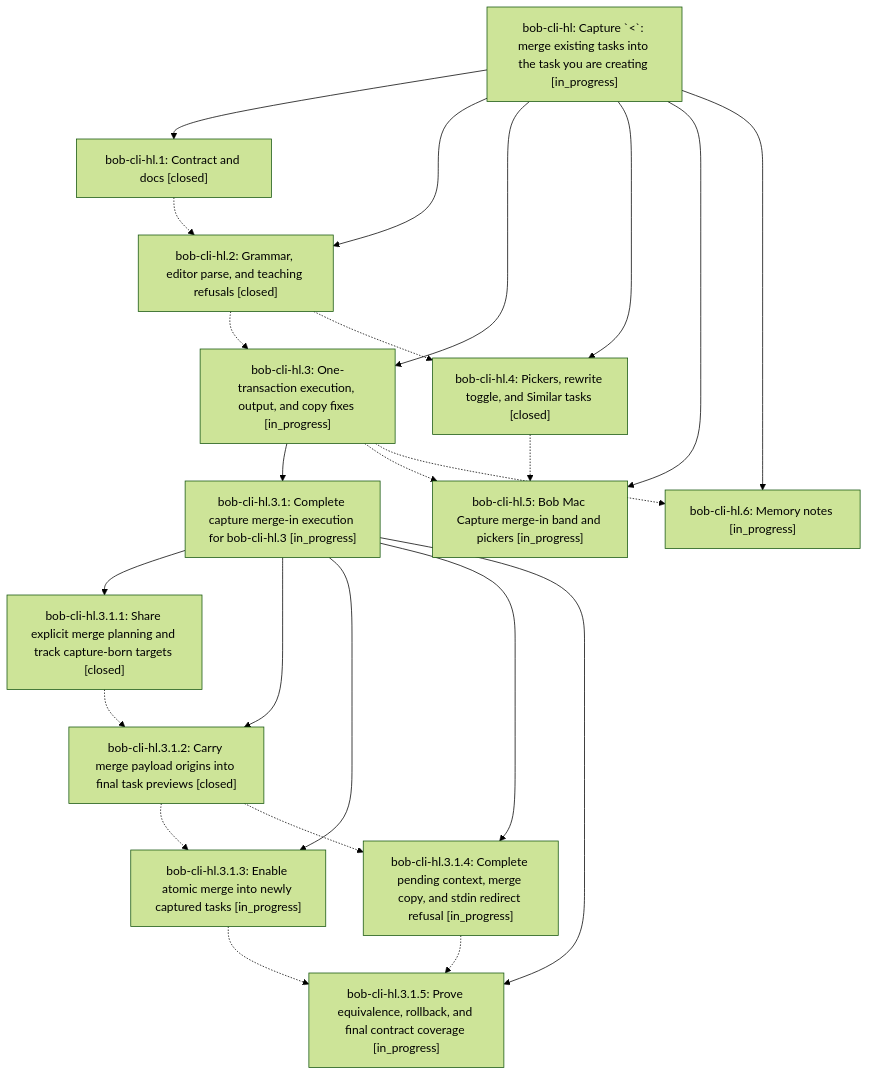
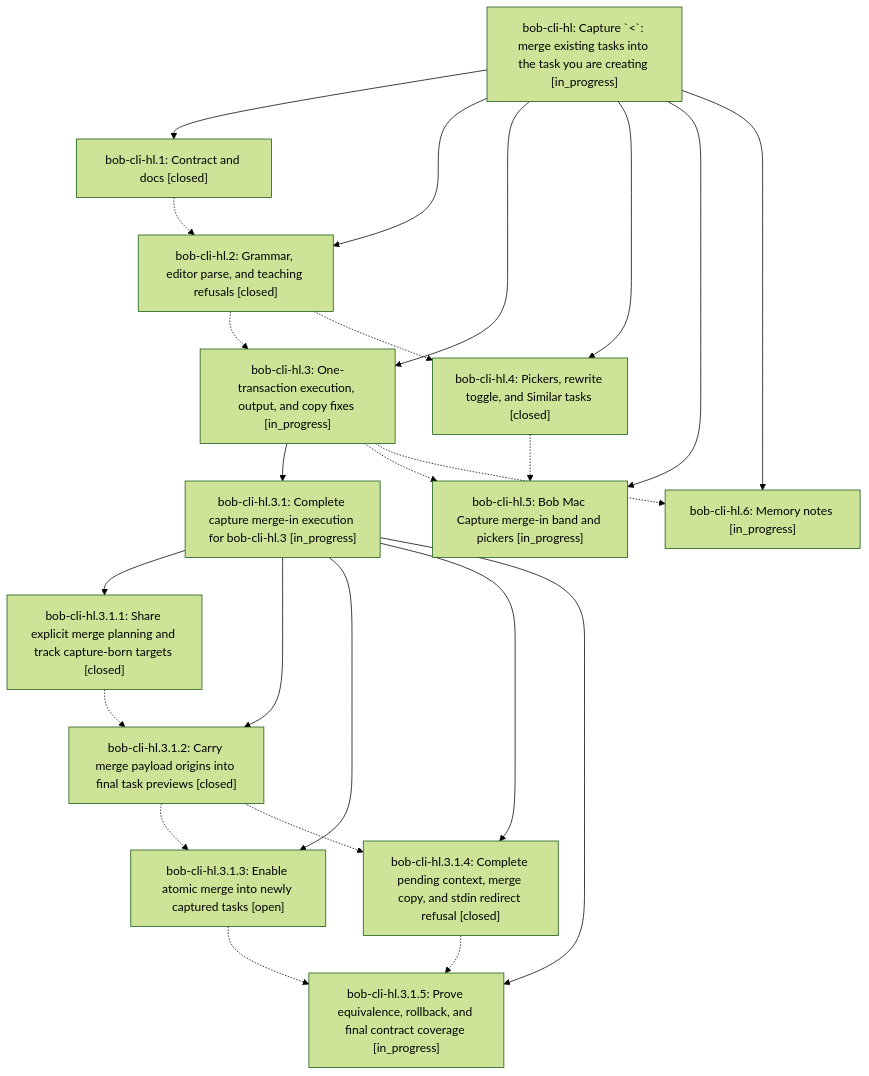
Before and after one commit to bobs-org/bob-cli--beads: the diagram in pages/bob-cli-hl/README.md, drawn with Mermaid (forest theme). The commit also changed other lines of this file and 6 other files, not shown here.

First line of the commit message:
chore(beads): sync bead state and pages for bob-cli-hl

````diff
--- a/pages/bob-cli-hl/README.md
+++ b/pages/bob-cli-hl/README.md
@@ -45,39 +47,39 @@
 ```mermaid
 flowchart TD
     n0["bob-cli-hl: Capture `&lt;`: merge existing tasks into the task you are creating [in_progress]"]
     n1["bob-cli-hl.1: Contract and docs [closed]"]
     n2["bob-cli-hl.2: Grammar, editor parse, and teaching refusals [closed]"]
     n3["bob-cli-hl.3: One-transaction execution, output, and copy fixes [in_progress]"]
     n4["bob-cli-hl.3.1: Complete capture merge-in execution for bob-cli-hl.3 [in_progress]"]
     n5["bob-cli-hl.3.1.1: Share explicit merge planning and track capture-born targets [closed]"]
     n6["bob-cli-hl.3.1.2: Carry merge payload origins into final task previews [closed]"]
-    n7["bob-cli-hl.3.1.3: Enable atomic merge into newly captured tasks [in_progress]"]
-    n8["bob-cli-hl.3.1.4: Complete pending context, merge copy, and stdin redirect refusal [in_progress]"]
+    n7["bob-cli-hl.3.1.3: Enable atomic merge into newly captured tasks [open]"]
+    n8["bob-cli-hl.3.1.4: Complete pending context, merge copy, and stdin redirect refusal [closed]"]
     n9["bob-cli-hl.3.1.5: Prove equivalence, rollback, and final contract coverage [in_progress]"]
     n10["bob-cli-hl.4: Pickers, rewrite toggle, and Similar tasks [closed]"]
     n11["bob-cli-hl.5: Bob Mac Capture merge-in band and pickers [in_progress]"]
     n12["bob-cli-hl.6: Memory notes [in_progress]"]
     n0 --> n1
     n0 --> n2
     n0 --> n3
     n3 --> n4
     n4 --> n5
     n4 --> n6
     n4 --> n7
     n4 --> n8
     n4 --> n9
     n0 --> n10
     n0 --> n11
     n0 --> n12
     n1 -.-> n2
     n2 -.-> n3
     n2 -.-> n10
     n3 -.-> n11
     n3 -.-> n12
     n5 -.-> n6
     n6 -.-> n7
     n6 -.-> n8
     n7 -.-> n9
     n8 -.-> n9
     n10 -.-> n11
 ```
````
